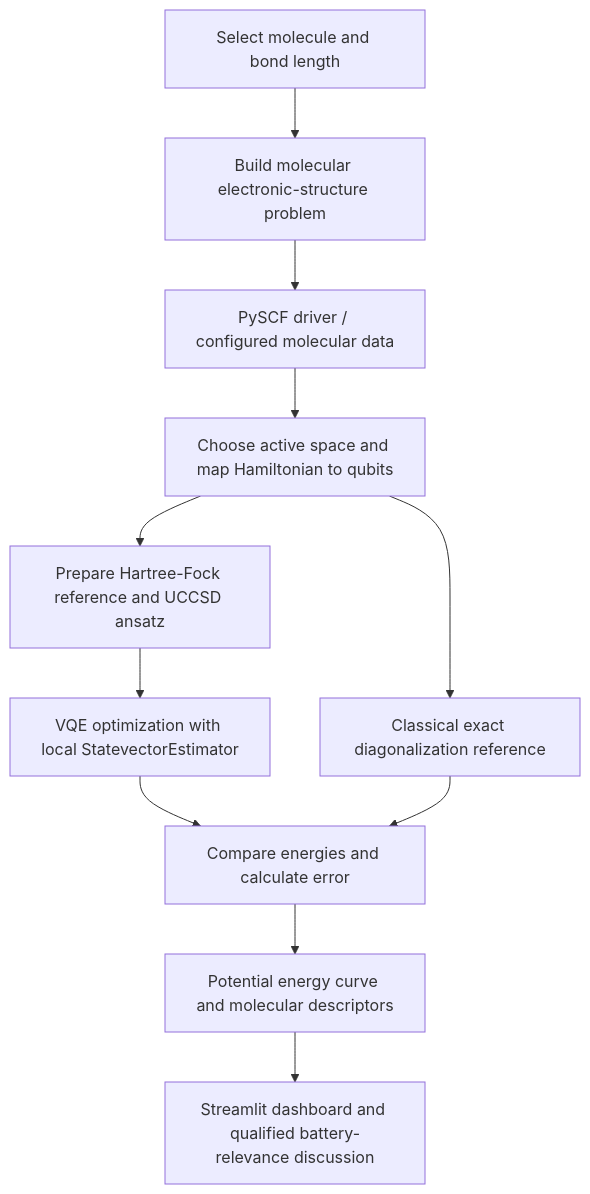
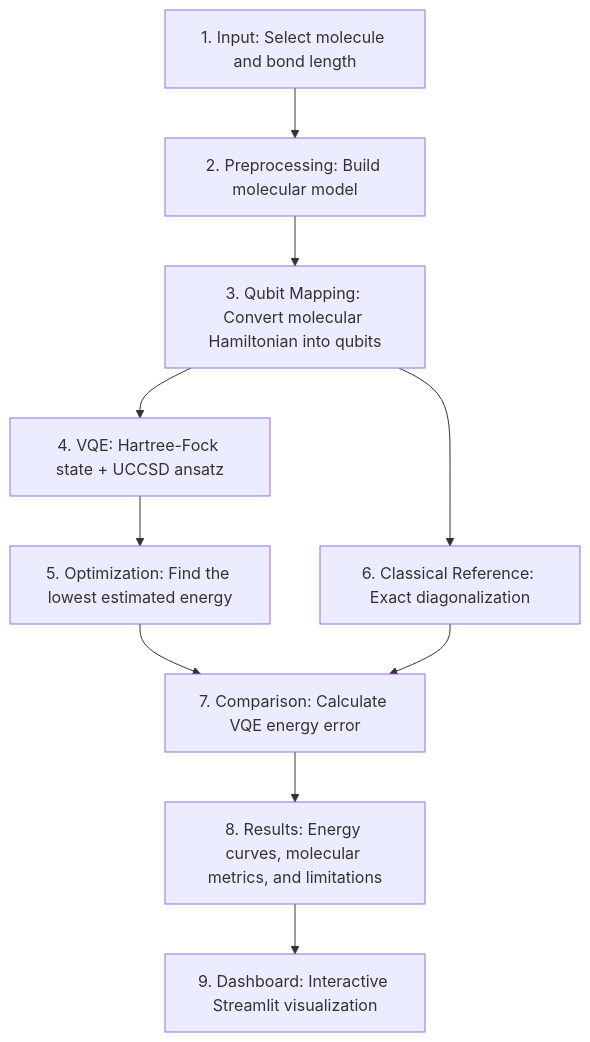
The diagram in README.md (vtu-qiskit-fall-fest-2026/vtu-hc-anonymous), drawn with Mermaid before and after one commit.

Commit message:
Update README.md flowchart

````diff
--- a/README.md
+++ b/README.md
@@ -82,13 +82,12 @@
 ```mermaid
 flowchart TD
-    A["Select molecule and bond length"] --> B["Build molecular electronic-structure problem"]
-    B --> C["PySCF driver / configured molecular data"]
-    C --> D["Choose active space and map Hamiltonian to qubits"]
-    D --> E["Prepare Hartree-Fock reference and UCCSD ansatz"]
-    E --> F["VQE optimization with local StatevectorEstimator"]
-    D --> G["Classical exact diagonalization reference"]
-    F --> H["Compare energies and calculate error"]
-    G --> H
-    H --> I["Potential energy curve and molecular descriptors"]
-    I --> J["Streamlit dashboard and qualified battery-relevance discussion"]
+    A["1. Input: Select molecule and bond length"] --> B["2. Preprocessing: Build molecular model"]
+    B --> C["3. Qubit Mapping: Convert molecular Hamiltonian into qubits"]
+    C --> D["4. VQE: Hartree-Fock state + UCCSD ansatz"]
+    D --> E["5. Optimization: Find the lowest estimated energy"]
+    C --> F["6. Classical Reference: Exact diagonalization"]
+    E --> G["7. Comparison: Calculate VQE energy error"]
+    F --> G
+    G --> H["8. Results: Energy curves, molecular metrics, and limitations"]
+    H --> I["9. Dashboard: Interactive Streamlit visualization"]
 ```
````
